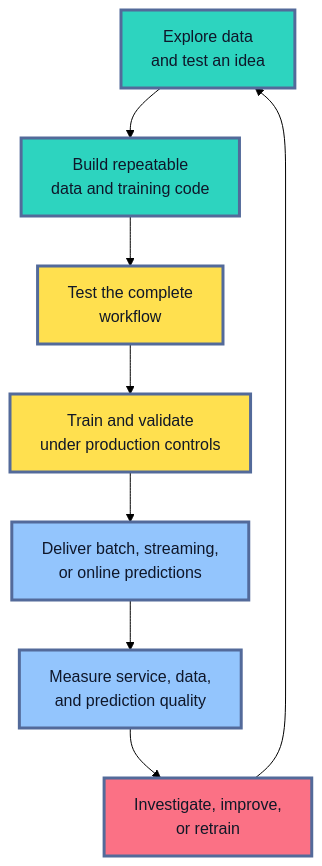
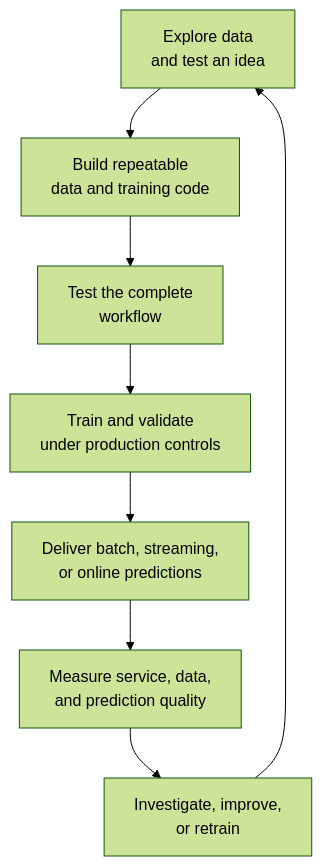
The first of 3 diagrams in roadmaps/mlops/modules/mlops-infrastructure/cloud-mlops-services/databricks-mlops/01-databricks-mlops-platform-map.md (senlinyy/dev-roadmaps), drawn with Mermaid (forest theme) before and after one commit. The commit also changed other lines of this file and 152 other files, not shown here.

Commit message:
feat: mlops and diagrams updated

````diff
--- a/roadmaps/mlops/modules/mlops-infrastructure/cloud-mlops-services/databricks-mlops/01-databricks-mlops-platform-map.md
+++ b/roadmaps/mlops/modules/mlops-infrastructure/cloud-mlops-services/databricks-mlops/01-databricks-mlops-platform-map.md
@@ -49,19 +49,15 @@
 ```mermaid
 flowchart TD
     A["Explore data<br/>and test an idea"] --> B["Build repeatable<br/>data and training code"]
     B --> C["Test the complete<br/>workflow"]
     C --> D["Train and validate<br/>under production controls"]
     D --> E["Deliver batch, streaming,<br/>or online predictions"]
     E --> F["Measure service, data,<br/>and prediction quality"]
     F --> G["Investigate, improve,<br/>or retrain"]
     G --> A
 
-    classDef learn fill:#2DD4BF,stroke:#536A9A,stroke-width:3px,color:#0F172A
-    classDef prove fill:#FFE04F,stroke:#536A9A,stroke-width:3px,color:#111827
-    classDef operate fill:#93C5FD,stroke:#536A9A,stroke-width:3px,color:#0F172A
-    classDef respond fill:#FB7185,stroke:#536A9A,stroke-width:3px,color:#111827
     class A,B learn
     class C,D prove
     class E,F operate
     class G respond
 ```
````
